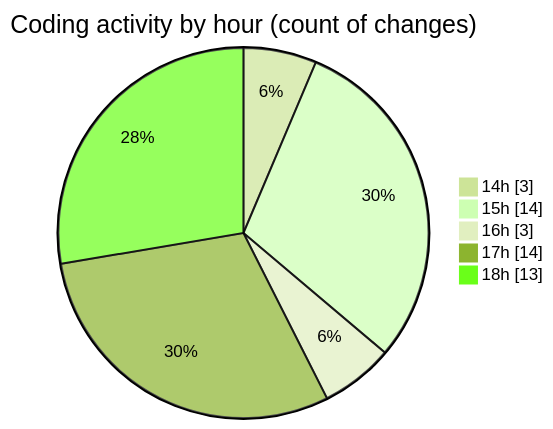
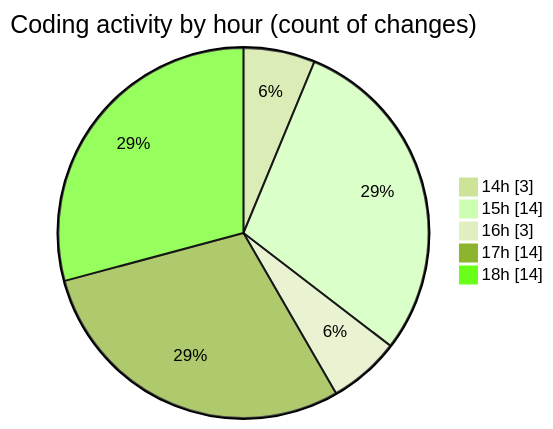
Before and after one commit to nxtqubesakshisongat/code-tracking: the second of 2 diagrams in 2025-09-02/nxtqube_webapp/README.md, drawn with Mermaid (forest theme). The commit also changed other lines of this file and 1 other file, not shown here.

````diff
--- a/2025-09-02/nxtqube_webapp/README.md
+++ b/2025-09-02/nxtqube_webapp/README.md
@@ -28,9 +28,9 @@
 ```mermaid
 pie showData
 title Coding activity by hour (count of changes)
 "14h" : 3
 "15h" : 14
 "16h" : 3
 "17h" : 14
-"18h" : 13
+"18h" : 14
 ```
````
